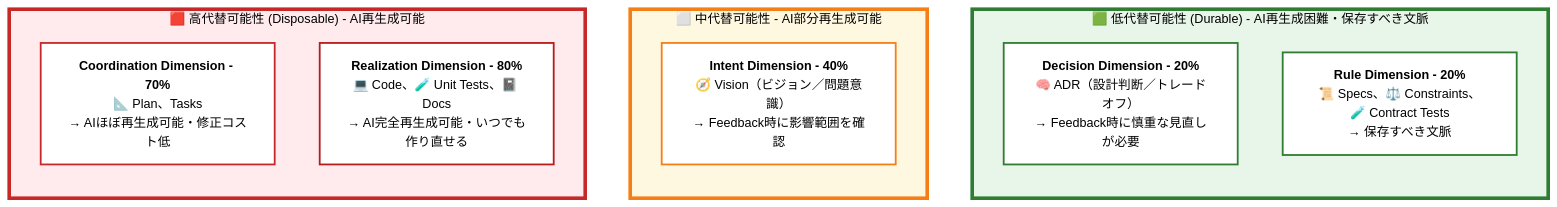
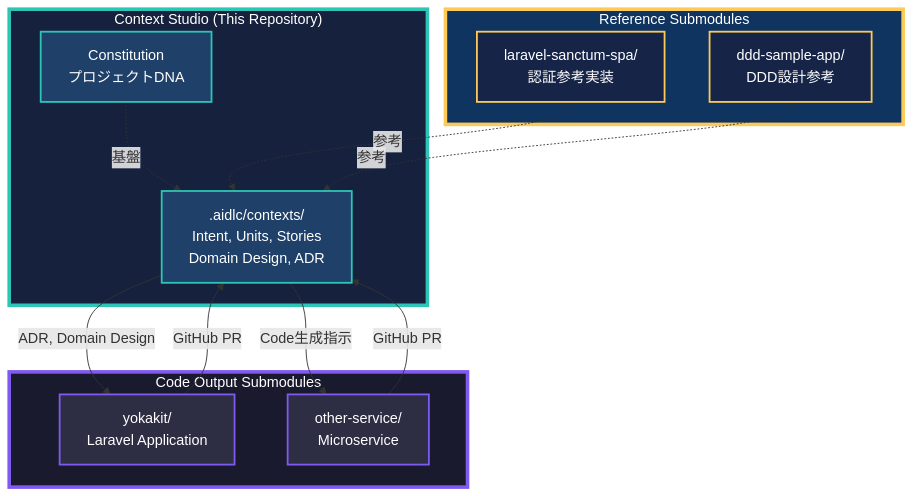
One commit to w-pinkietech/YokaKit_Studio changed the first of 5 diagrams in README.md. Above: the diagram before and after it, drawn with Mermaid. The commit also changed other lines of this file and 9 other files, not shown here.

````diff
--- a/README.md
+++ b/README.md
@@ -87,29 +57,38 @@
 ```mermaid
-%%{init: {'theme':'base', 'themeVariables': { 'fontSize':'14px'}}}%%
-flowchart TB
-    subgraph Durable["🟩 低代替可能性 (Durable) - AI再生成困難・保存すべき文脈"]
-        direction TB
-        Decision["<b>Decision Dimension - 20%</b><br/>🧠 ADR（設計判断／トレードオフ）<br/>→ Feedback時に慎重な見直しが必要"]
-        Rule["<b>Rule Dimension - 20%</b><br/>📜 Specs、⚖️ Constraints、🧪 Contract Tests<br/>→ 保存すべき文脈"]
+graph TB
+    subgraph ContextStudio["Context Studio (This Repository)"]
+        Constitution[Constitution<br/>プロジェクトDNA]
+        Contexts[".aidlc/contexts/<br/>Intent, Units, Stories<br/>Domain Design, ADR"]
     end
-
-    subgraph Medium["⬜ 中代替可能性 - AI部分再生成可能"]
-        direction TB
-        Intent["<b>Intent Dimension - 40%</b><br/>🧭 Vision（ビジョン／問題意識）<br/>→ Feedback時に影響範囲を確認"]
+    
+    subgraph CodeOutput["Code Output Submodules"]
+        YokaKit[yokakit/<br/>Laravel Application]
+        MicroService[other-service/<br/>Microservice]
     end
-
-    subgraph Disposable["🟥 高代替可能性 (Disposable) - AI再生成可能"]
-        direction TB
-        Coordination["<b>Coordination Dimension - 70%</b><br/>📐 Plan、Tasks<br/>→ AIほぼ再生成可能・修正コスト低"]
-        Realization["<b>Realization Dimension - 80%</b><br/>💻 Code、🧪 Unit Tests、📓 Docs<br/>→ AI完全再生成可能・いつでも作り直せる"]
+    
+    subgraph References["Reference Submodules"]
+        RefAuth[laravel-sanctum-spa/<br/>認証参考実装]
+        RefDDD[ddd-sample-app/<br/>DDD設計参考]
     end
-
-    style Durable fill:#e8f5e9,stroke:#2e7d32,stroke-width:4px,color:#000
-    style Medium fill:#fff8e1,stroke:#f57f17,stroke-width:4px,color:#000
-    style Disposable fill:#ffebee,stroke:#c62828,stroke-width:4px,color:#000
-    style Decision fill:#fff,stroke:#2e7d32,stroke-width:2px,color:#000
-    style Rule fill:#fff,stroke:#2e7d32,stroke-width:2px,color:#000
-    style Intent fill:#fff,stroke:#f57f17,stroke-width:2px,color:#000
-    style Coordination fill:#fff,stroke:#c62828,stroke-width:2px,color:#000
-    style Realization fill:#fff,stroke:#b71c1c,stroke-width:2px,color:#000
+    
+    Constitution -.基盤.-> Contexts
+    Contexts -->|ADR, Domain Design| YokaKit
+    Contexts -->|Code生成指示| MicroService
+    
+    RefAuth -.参考.-> Contexts
+    RefDDD -.参考.-> Contexts
+    
+    YokaKit -->|GitHub PR| Contexts
+    MicroService -->|GitHub PR| Contexts
+    
+    style ContextStudio fill:#16213e,stroke:#2ec4b6,stroke-width:4px,color:#fff
+    style CodeOutput fill:#1a1a2e,stroke:#7f5af0,stroke-width:4px,color:#fff
+    style References fill:#0f3460,stroke:#feca57,stroke-width:4px,color:#fff
+    
+    style Constitution fill:#1f4068,stroke:#2ec4b6,stroke-width:2px,color:#fff
+    style Contexts fill:#1f4068,stroke:#2ec4b6,stroke-width:2px,color:#fff
+    style YokaKit fill:#2d2d44,stroke:#7f5af0,stroke-width:2px,color:#fff
+    style MicroService fill:#2d2d44,stroke:#7f5af0,stroke-width:2px,color:#fff
+    style RefAuth fill:#162447,stroke:#feca57,stroke-width:2px,color:#fff
+    style RefDDD fill:#162447,stroke:#feca57,stroke-width:2px,color:#fff
 ```
````
